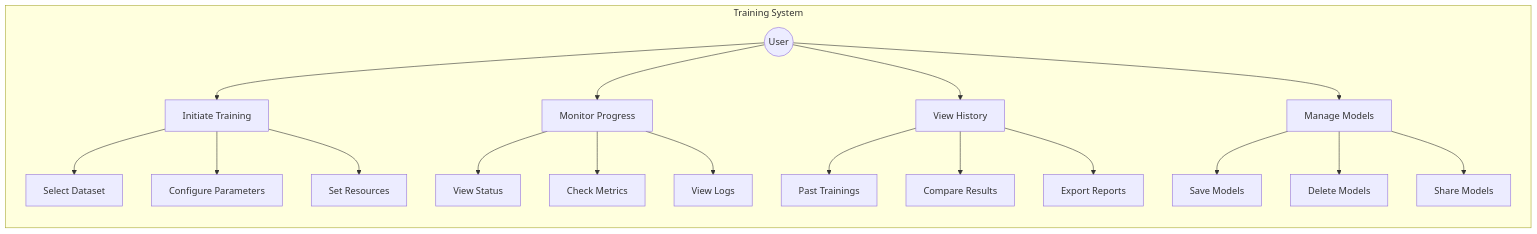
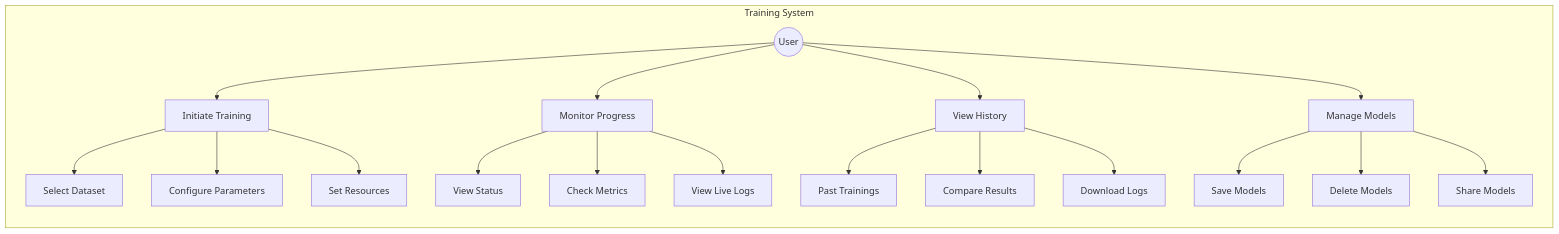
Before and after one commit to frontierbio-tech/frontierbio-tech.github.io: the third of 4 diagrams in studio.md, drawn with Mermaid. The commit also changed other lines of this file, not shown here.

````diff
--- a/studio.md
+++ b/studio.md
@@ -226,28 +202,28 @@
 ```mermaid
 graph TB
     subgraph Training System
         direction TB
         U((User))
         
         U --> A[Initiate Training]
         U --> B[Monitor Progress]
         U --> C[View History]
         U --> D[Manage Models]
         
         A --> A1[Select Dataset]
         A --> A2[Configure Parameters]
         A --> A3[Set Resources]
         
         B --> B1[View Status]
         B --> B2[Check Metrics]
-        B --> B3[View Logs]
+        B --> B3[View Live Logs]
         
         C --> C1[Past Trainings]
         C --> C2[Compare Results]
-        C --> C3[Export Reports]
+        C --> C3[Download Logs]
         
         D --> D1[Save Models]
         D --> D2[Delete Models]
         D --> D3[Share Models]
     end
 ```
````
